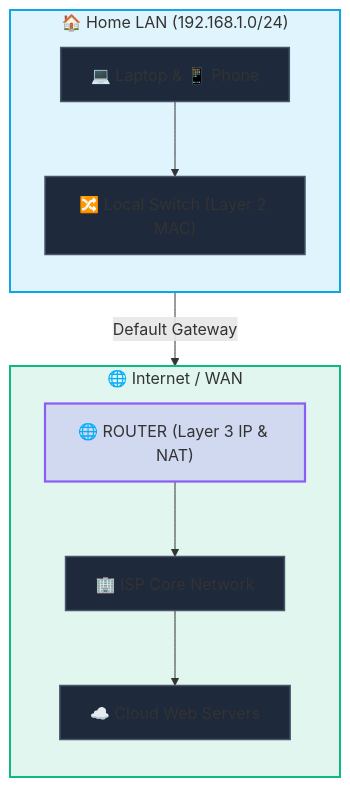
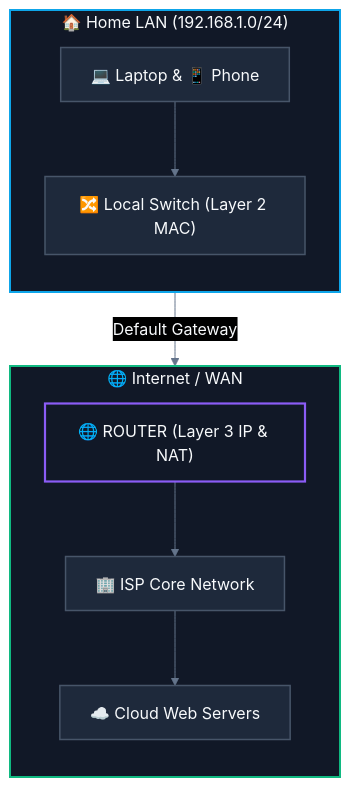
Before and after one commit to abhinavbharti2345/CS_Notes: the third of 5 diagrams in CS/Computer Networking/01. Architecture & Fundamentals/05. Network Hardware - Hub, Switch, Router, Modem.md, drawn with Mermaid. The commit also changed other lines of this file and 195 other files, not shown here.

````diff
--- a/CS/Computer Networking/01. Architecture & Fundamentals/05. Network Hardware - Hub, Switch, Router, Modem.md
+++ b/CS/Computer Networking/01. Architecture & Fundamentals/05. Network Hardware - Hub, Switch, Router, Modem.md
@@ -103,24 +105,25 @@
 ```mermaid
+%%{init: {'theme': 'base', 'themeVariables': { 'darkMode': true, 'background': '#0B0F14', 'mainBkg': '#111827', 'primaryColor': '#111827', 'primaryTextColor': '#F8FAFC', 'primaryBorderColor': '#38BDF8', 'lineColor': '#64748B', 'secondaryColor': '#0B0F14', 'tertiaryColor': '#0B0F14', 'clusterBkg': '#0B0F14', 'clusterBorder': '#38BDF8' }}}%%
 flowchart TD
     subgraph LAN ["🏠 Home LAN (192.168.1.0/24)"]
         direction TD
         Devices["💻 Laptop & 📱 Phone"] --> SwitchHome["🔀 Local Switch (Layer 2 MAC)"]
     end
 
     SwitchHome -->|"Default Gateway"| Router["🌐 ROUTER (Layer 3 IP & NAT)"]
     
     subgraph WAN ["🌐 Internet / WAN"]
         direction TD
         Router --> ISP["🏢 ISP Core Network"] --> Cloud["☁️ Cloud Web Servers"]
     end
 
-    classDef lan fill:#0ea5e920,stroke:#0ea5e9,stroke-width:2px;
-    classDef rtr fill:#8b5cf630,stroke:#8b5cf6,stroke-width:2.2px;
-    classDef wan fill:#10b98120,stroke:#10b981,stroke-width:2px;
-    classDef nodeStyle fill:#1e293b,stroke:#475569,stroke-width:1.5px;
+    classDef lan fill:#111827,stroke:#0ea5e9,stroke-width:2px,color:#F8FAFC;
+    classDef rtr fill:#111827,stroke:#8b5cf6,stroke-width:2.2px,color:#F8FAFC;
+    classDef wan fill:#111827,stroke:#10b981,stroke-width:2px,color:#F8FAFC;
+    classDef nodeStyle fill:#1e293b,stroke:#475569,stroke-width:1.5px,color:#F8FAFC;
 
     class LAN lan;
     class WAN wan;
     class Router rtr;
     class Devices,SwitchHome,ISP,Cloud nodeStyle;
 ```
````
